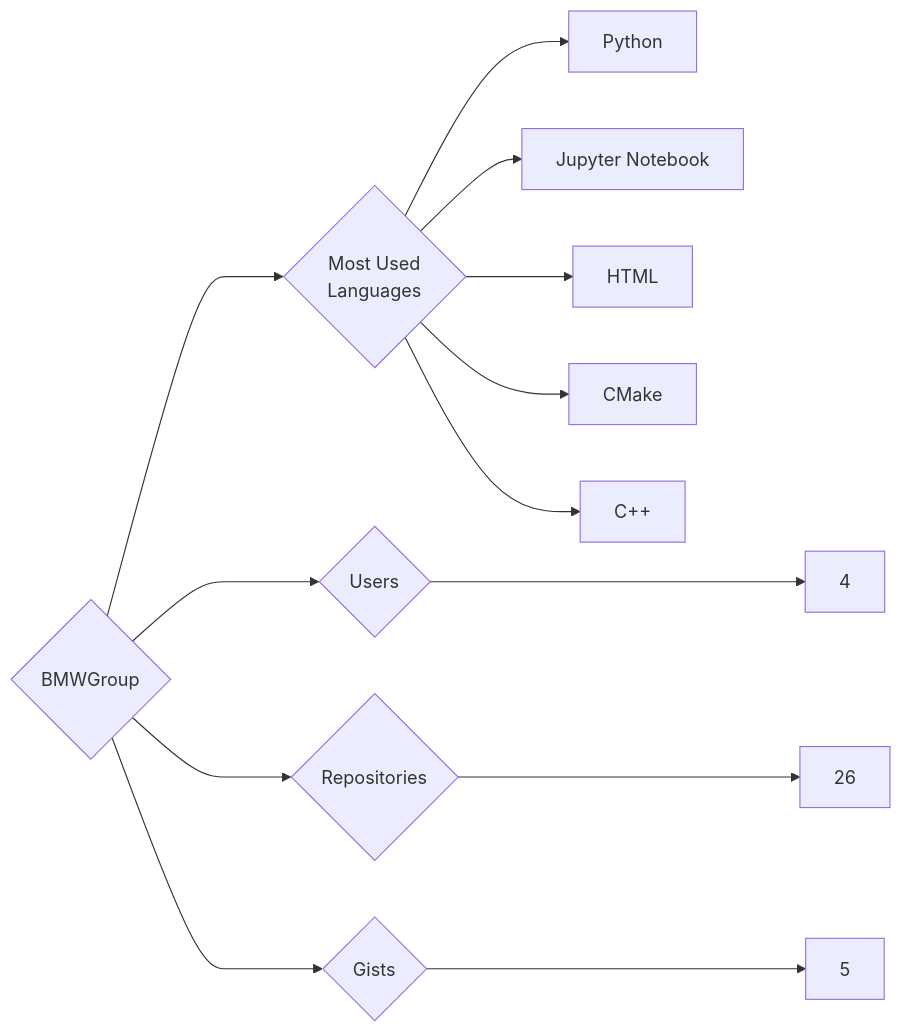
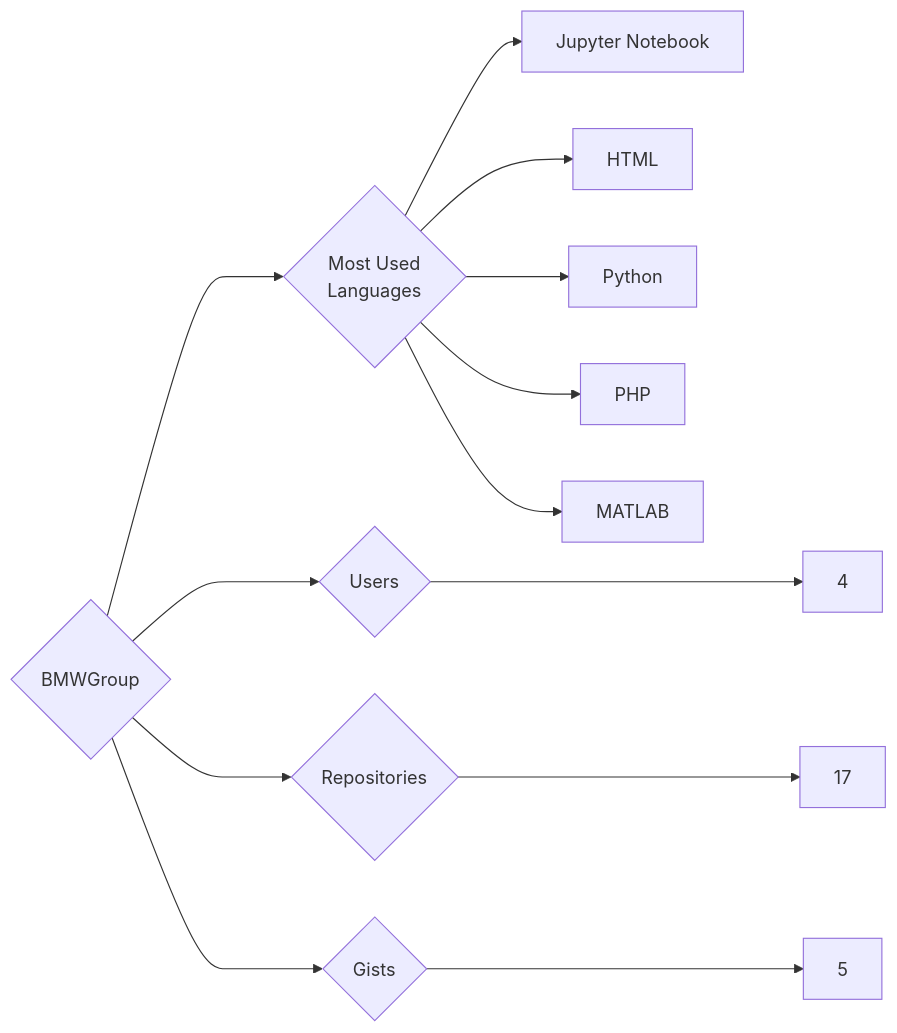
The diagram in targets/BMWGroup/README.md (trickest/insiders), drawn with Mermaid before and after one commit. The commit also changed 997 other files, not shown here.

````diff
--- a/targets/BMWGroup/README.md
+++ b/targets/BMWGroup/README.md
@@ -3,13 +3,13 @@
 ```mermaid
 graph LR
 COMPANY_NAME{BMWGroup}
 COMPANY_NAME ---> U{Users} ---> UN[4]
-COMPANY_NAME ---> R{Repositories} ---> RN[26]
+COMPANY_NAME ---> R{Repositories} ---> RN[17]
 COMPANY_NAME ---> G{Gists} ---> GN[5]
 COMPANY_NAME ---> ML{Most Used<br>Languages}
-ML --> Python[Python]
 ML --> Jupyter_Notebook[Jupyter Notebook]
 ML --> HTML[HTML]
-ML --> CMake[CMake]
-ML --> C++[C++]
+ML --> Python[Python]
+ML --> PHP[PHP]
+ML --> MATLAB[MATLAB]
 ```
````
